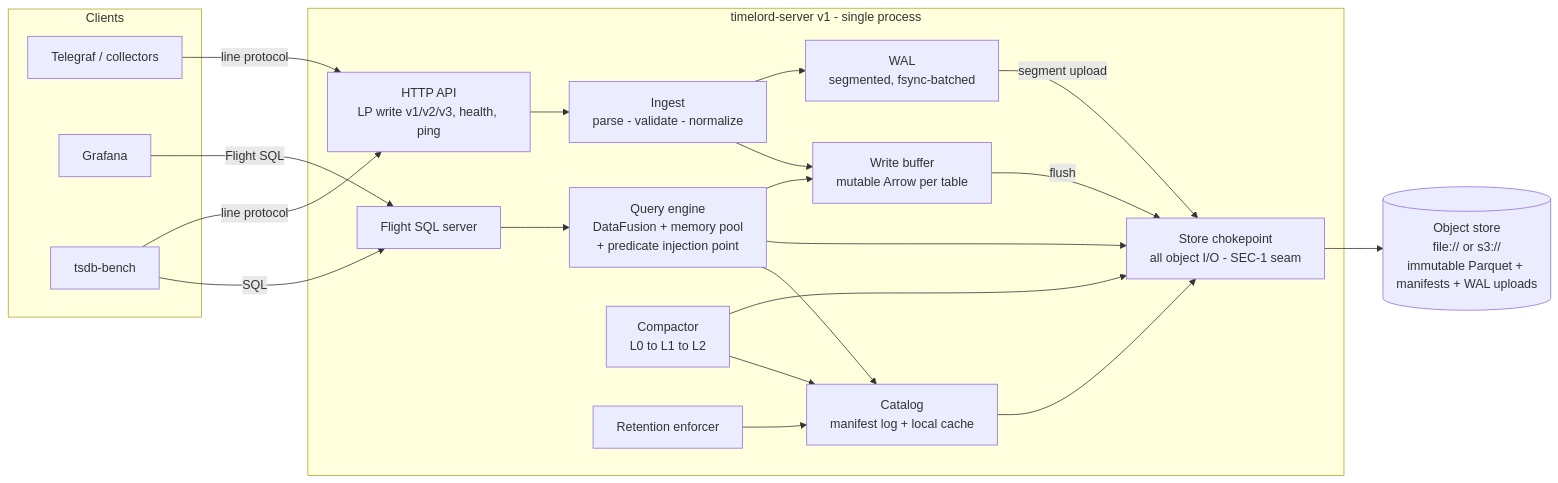
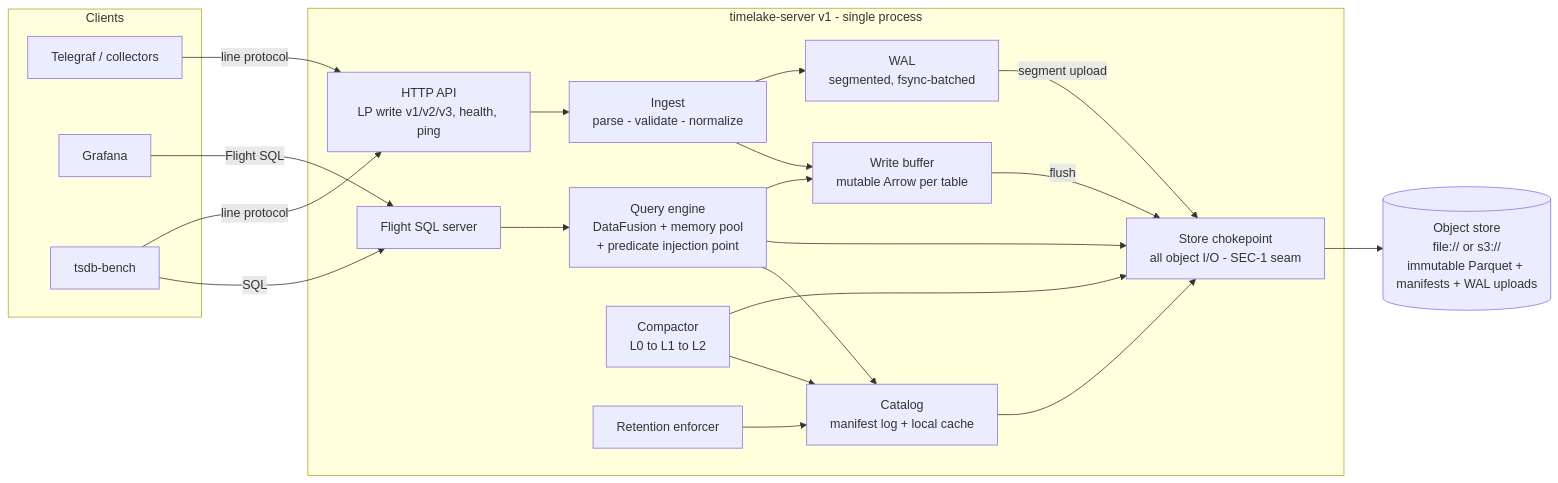
One commit to timelakelabs/timelakedb changed the first of 3 diagrams in ARCHITECTURE.md. Above: the diagram before and after it, drawn with Mermaid. The commit also changed other lines of this file and 73 other files, not shown here.

````diff
--- a/ARCHITECTURE.md
+++ b/ARCHITECTURE.md
@@ -21,40 +21,40 @@
 ```mermaid
 flowchart LR
     subgraph clients [Clients]
         TG[Telegraf / collectors]
         GF[Grafana]
         BH[tsdb-bench]
     end
 
-    subgraph node [timelord-server v1 - single process]
+    subgraph node [timelake-server v1 - single process]
         API[HTTP API<br/>LP write v1/v2/v3, health, ping]
         ING[Ingest<br/>parse - validate - normalize]
         WAL[WAL<br/>segmented, fsync-batched]
         BUF[Write buffer<br/>mutable Arrow per table]
         FLT[Flight SQL server]
         QRY[Query engine<br/>DataFusion + memory pool<br/>+ predicate injection point]
         CAT[Catalog<br/>manifest log + local cache]
         CMP[Compactor<br/>L0 to L1 to L2]
         RET[Retention enforcer]
         STO[Store chokepoint<br/>all object I/O - SEC-1 seam]
     end
 
     OS[(Object store<br/>file:// or s3://<br/>immutable Parquet + manifests + WAL uploads)]
 
     TG -->|line protocol| API
     BH -->|line protocol| API
     API --> ING --> WAL
     ING --> BUF
     BUF -->|flush| STO
     GF -->|Flight SQL| FLT --> QRY
     BH -->|SQL| FLT
     QRY --> BUF
     QRY --> STO
     QRY --> CAT
     CMP --> STO
     CMP --> CAT
     RET --> CAT
     WAL -->|segment upload| STO
     CAT --> STO
     STO --> OS
 ```
````
